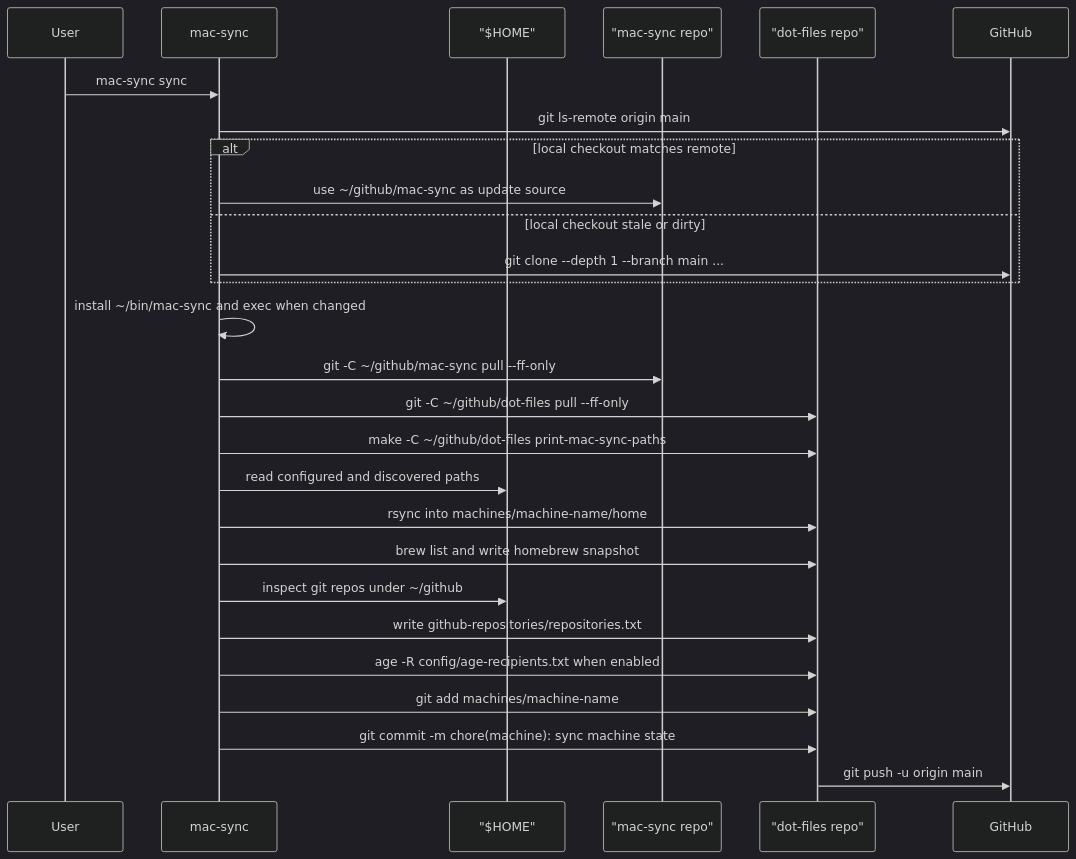
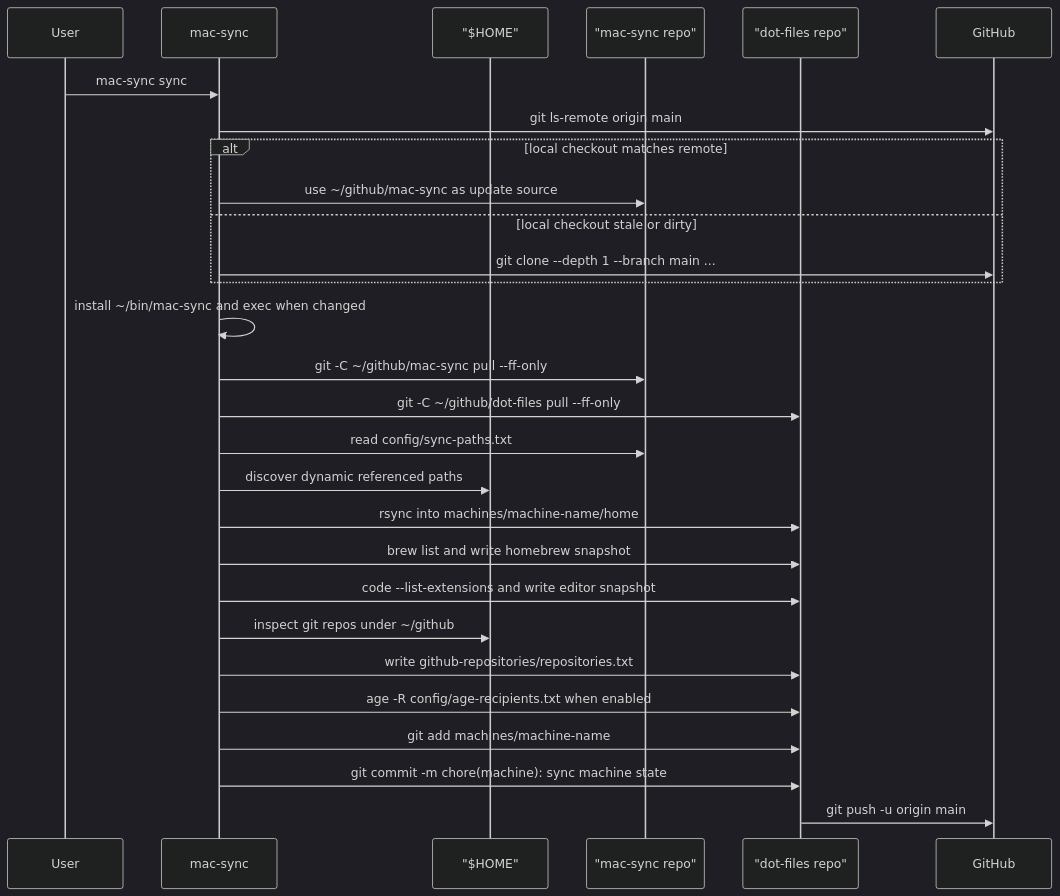
The second of 4 diagrams in WORKFLOW.md (stephenlclarke/mac-sync), drawn with Mermaid (dark theme) before and after one commit. The commit also changed other lines of this file and 8 other files, not shown here.

Commit message:
feat: move restore operations into mac-sync

````diff
--- a/WORKFLOW.md
+++ b/WORKFLOW.md
@@ -143,30 +141,31 @@
 ```mermaid
 sequenceDiagram
   participant User
   participant CLI as mac-sync
   participant Home as "$HOME"
   participant Code as "mac-sync repo"
   participant Snap as "dot-files repo"
   participant GitHub
 
   User->>CLI: mac-sync sync
   CLI->>GitHub: git ls-remote origin main
   alt local checkout matches remote
     CLI->>Code: use ~/github/mac-sync as update source
   else local checkout stale or dirty
     CLI->>GitHub: git clone --depth 1 --branch main ...
   end
   CLI->>CLI: install ~/bin/mac-sync and exec when changed
   CLI->>Code: git -C ~/github/mac-sync pull --ff-only
   CLI->>Snap: git -C ~/github/dot-files pull --ff-only
-  CLI->>Snap: make -C ~/github/dot-files print-mac-sync-paths
-  CLI->>Home: read configured and discovered paths
+  CLI->>Code: read config/sync-paths.txt
+  CLI->>Home: discover dynamic referenced paths
   CLI->>Snap: rsync into machines/machine-name/home
   CLI->>Snap: brew list and write homebrew snapshot
+  CLI->>Snap: code --list-extensions and write editor snapshot
   CLI->>Home: inspect git repos under ~/github
   CLI->>Snap: write github-repositories/repositories.txt
   CLI->>Snap: age -R config/age-recipients.txt when enabled
   CLI->>Snap: git add machines/machine-name
   CLI->>Snap: git commit -m chore(machine): sync machine state
   Snap->>GitHub: git push -u origin main
 ```
````
